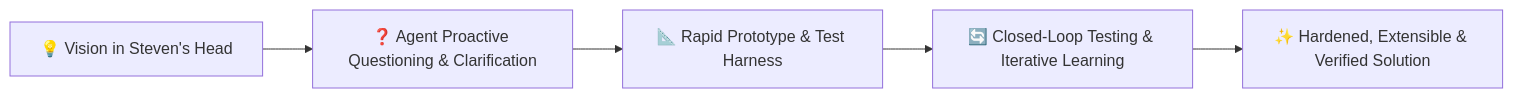
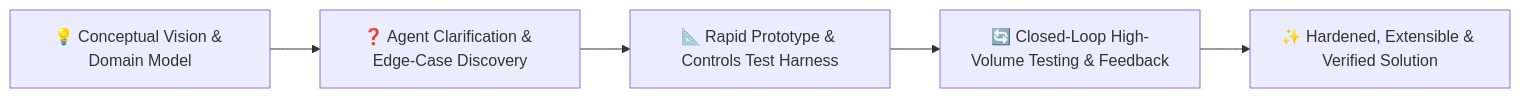
One commit to spelech/AgenticEngineeringToolbelt changed the first of 3 diagrams in standards/ENGINEERING_STYLE_GUIDE.md. Above: the diagram before and after it, drawn with Mermaid. The commit also changed other lines of this file and 1 other file, not shown here.

Commit message:
docs(standards): codify driving principles, polyglot matrix, and controls test harnesses

````diff
--- a/standards/ENGINEERING_STYLE_GUIDE.md
+++ b/standards/ENGINEERING_STYLE_GUIDE.md
@@ -9,7 +9,7 @@
 ```mermaid
 flowchart LR
-    A["💡 Vision in Steven's Head"] --> B["❓ Agent Proactive Questioning & Clarification"]
-    B --> C["📐 Rapid Prototype & Test Harness"]
-    C --> D["🔄 Closed-Loop Testing & Iterative Learning"]
+    A["💡 Conceptual Vision & Domain Model"] --> B["❓ Agent Clarification & Edge-Case Discovery"]
+    B --> C["📐 Rapid Prototype & Controls Test Harness"]
+    C --> D["🔄 Closed-Loop High-Volume Testing & Feedback"]
     D --> E["✨ Hardened, Extensible & Verified Solution"]
 ```
````
